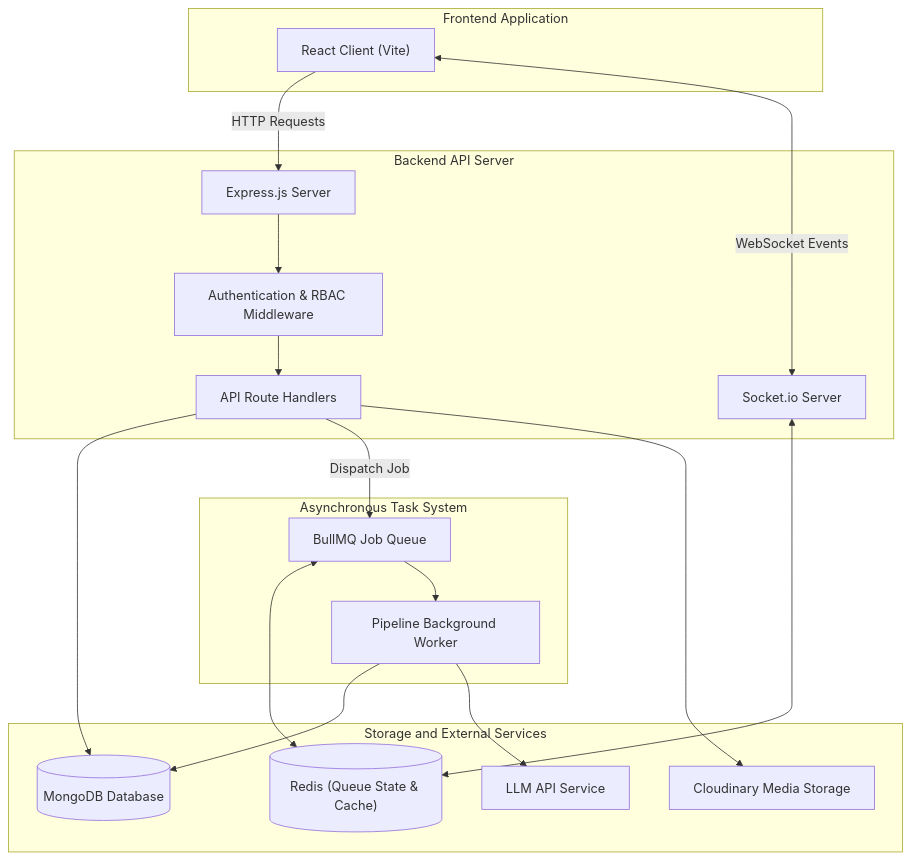
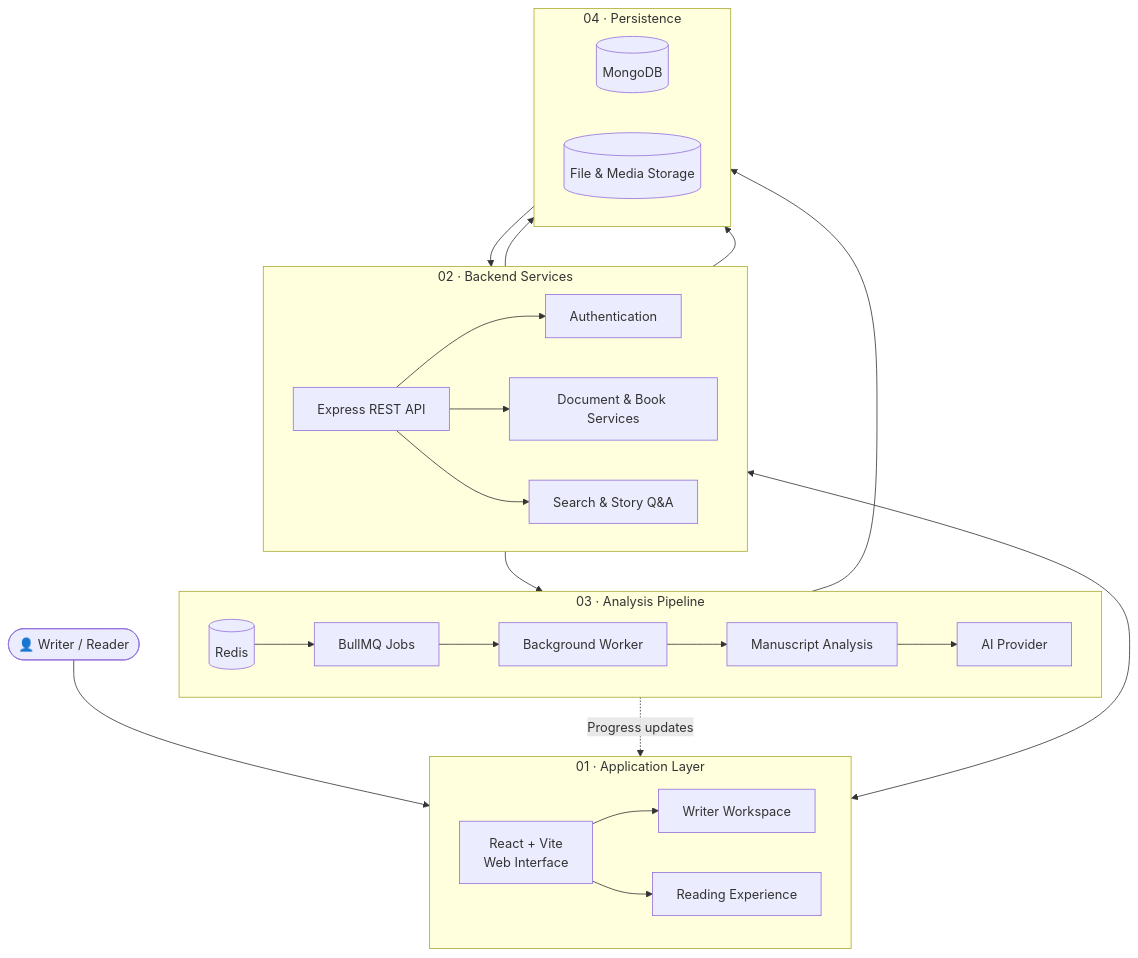
The first of 2 diagrams in README.md (Samiksha-Lohia/Storyloom), drawn with Mermaid before and after one commit. The commit also changed other lines of this file, not shown here.

````diff
--- a/README.md
+++ b/README.md
@@ -85,38 +64,50 @@
 ```mermaid
-flowchart TD
-    subgraph ClientLayer["Frontend Application"]
-        Browser["React Client (Vite)"]
+flowchart TB
+    USER(["👤 Writer / Reader"])
+
+    subgraph APP["01 · Application Layer"]
+        direction LR
+        FRONT["React + Vite<br/>Web Interface"]
+        WRITER["Writer Workspace"]
+        READER["Reading Experience"]
+        FRONT --> WRITER
+        FRONT --> READER
     end
 
-    subgraph ServerLayer["Backend API Server"]
-        Express["Express.js Server"]
-        AuthMiddleware["Authentication & RBAC Middleware"]
-        SocketServer["Socket.io Server"]
-        RouteHandlers["API Route Handlers"]
+    subgraph API["02 · Backend Services"]
+        direction LR
+        REST["Express REST API"]
+        AUTH["Authentication"]
+        CONTENT["Document & Book Services"]
+        EXPLORE["Search & Story Q&A"]
+        REST --> AUTH
+        REST --> CONTENT
+        REST --> EXPLORE
     end
 
-    subgraph AsyncLayer["Asynchronous Task System"]
-        Queue["BullMQ Job Queue"]
-        Worker["Pipeline Background Worker"]
+    subgraph ASYNC["03 · Analysis Pipeline"]
+        direction LR
+        QUEUE[("Redis")]
+        JOBS["BullMQ Jobs"]
+        WORKER["Background Worker"]
+        ANALYSIS["Manuscript Analysis"]
+        PROVIDER["AI Provider"]
+        QUEUE --> JOBS --> WORKER --> ANALYSIS --> PROVIDER
     end
 
-    subgraph DataLayer["Storage and External Services"]
-        MongoDB[("MongoDB Database")]
-        RedisDB[("Redis (Queue State & Cache)")]
-        CloudStorage["Cloudinary Media Storage"]
-        AIModel["LLM API Service"]
+    subgraph PERSIST["04 · Persistence"]
+        direction LR
+        DB[("MongoDB")]
+        FILES[("File & Media Storage")]
     end
 
-    Browser -->|HTTP Requests| Express
-    Browser <-->|WebSocket Events| SocketServer
-    Express --> AuthMiddleware
-    AuthMiddleware --> RouteHandlers
-    RouteHandlers --> MongoDB
-    RouteHandlers -->|Dispatch Job| Queue
-    RouteHandlers --> CloudStorage
-    SocketServer <--> RedisDB
-    Queue <--> RedisDB
-    Queue --> Worker
-    Worker --> MongoDB
-    Worker --> AIModel
+    USER --> FRONT
+    FRONT <--> REST
+    CONTENT --> DB
+    CONTENT --> FILES
+    CONTENT --> JOBS
+    ANALYSIS --> DB
+    DB --> EXPLORE
+
+    WORKER -. "Progress updates" .-> FRONT
 ```
````
